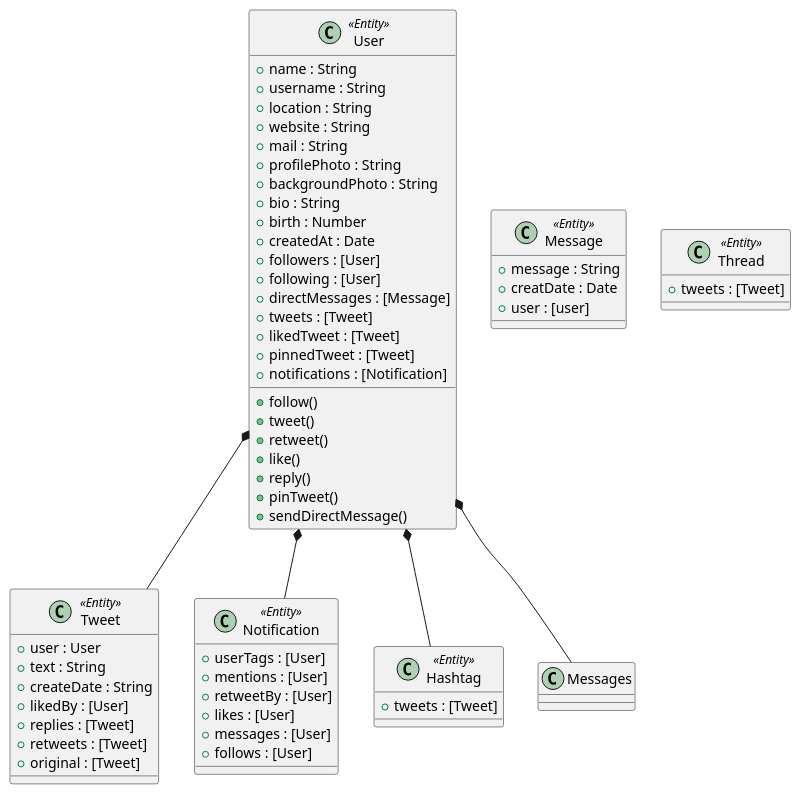
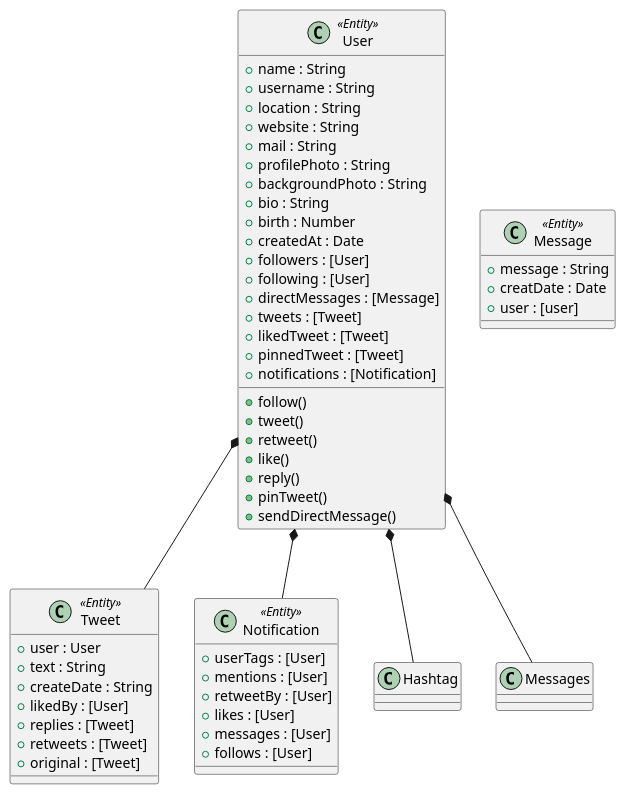
The diagram in class-diagram.puml (veyselusta/twitter), drawn with PlantUML before and after one commit. The commit also changed 4 other files, not shown here.

```diff
--- a/class-diagram.puml
+++ b/class-diagram.puml
@@ -1,69 +1,62 @@
 @startuml "Class Diagram"
 
 class User <<Entity>> {
   + name : String
   + username : String
   + location : String
   + website : String
   + mail : String
   + profilePhoto : String
   + backgroundPhoto : String
   + bio : String
   + birth : Number
   + createdAt : Date
   + followers : [User]
   + following : [User]
   + directMessages : [Message]
   + tweets : [Tweet]
   + likedTweet : [Tweet]
   + pinnedTweet : [Tweet]
   + notifications : [Notification]
 
   + follow()
   + tweet()
   + retweet()
   + like()
   + reply()
   + pinTweet()
   + sendDirectMessage()
 }
 
 class Tweet <<Entity>> {
   + user : User
   + text : String
   + createDate : String
   + likedBy : [User]
   + replies : [Tweet]
   + retweets : [Tweet]
   + original : [Tweet]
 }
 
 Class Notification <<Entity>>  {
   + userTags : [User]
   + mentions : [User]
   + retweetBy : [User]
   + likes : [User]
   + messages : [User]
   + follows : [User]
 }
 
-class Hashtag <<Entity>> {
-  + tweets : [Tweet]
-}
-
 class Message <<Entity>> {
   + message : String
   + creatDate : Date
   + user : [user]
 }
 
-class Thread <<Entity>>  {
-  + tweets : [Tweet]
-}
 
 User *-- Tweet
 User *-- Notification
 User *-- Hashtag
 User *-- Messages
 
 @enduml
```
